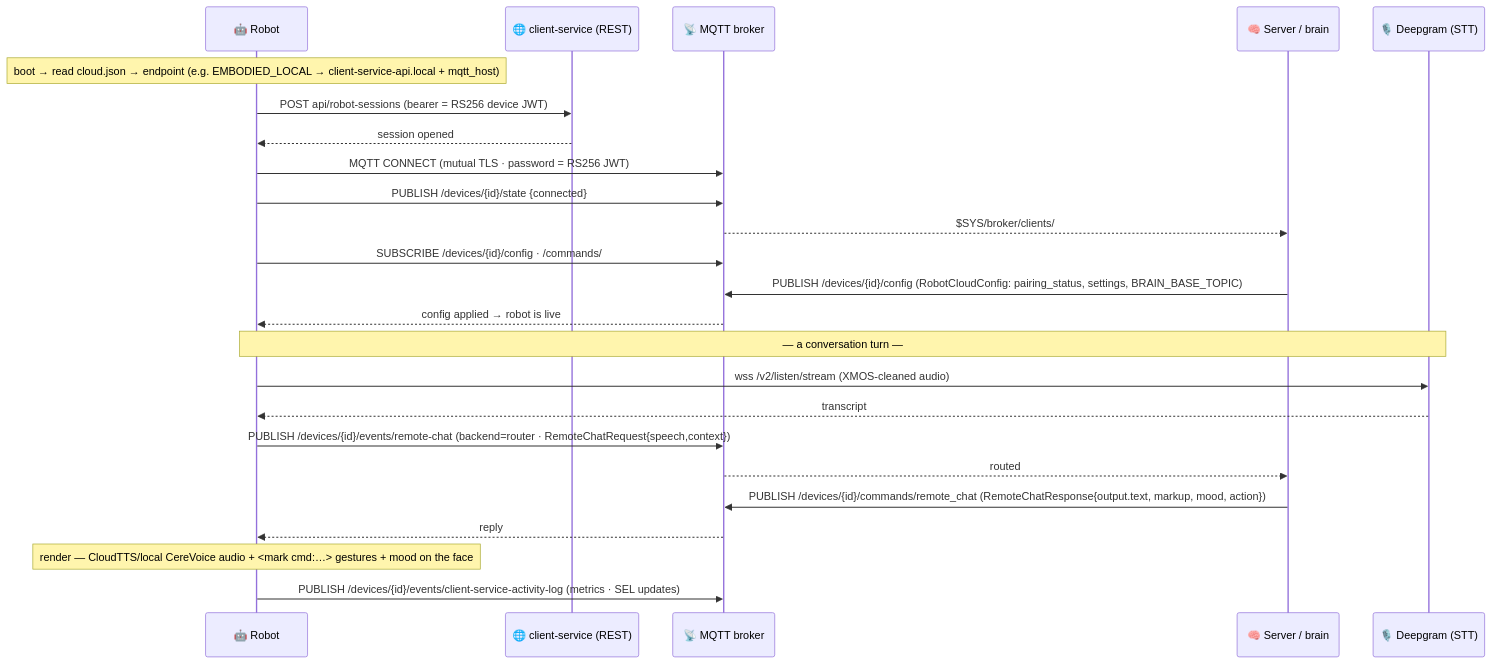
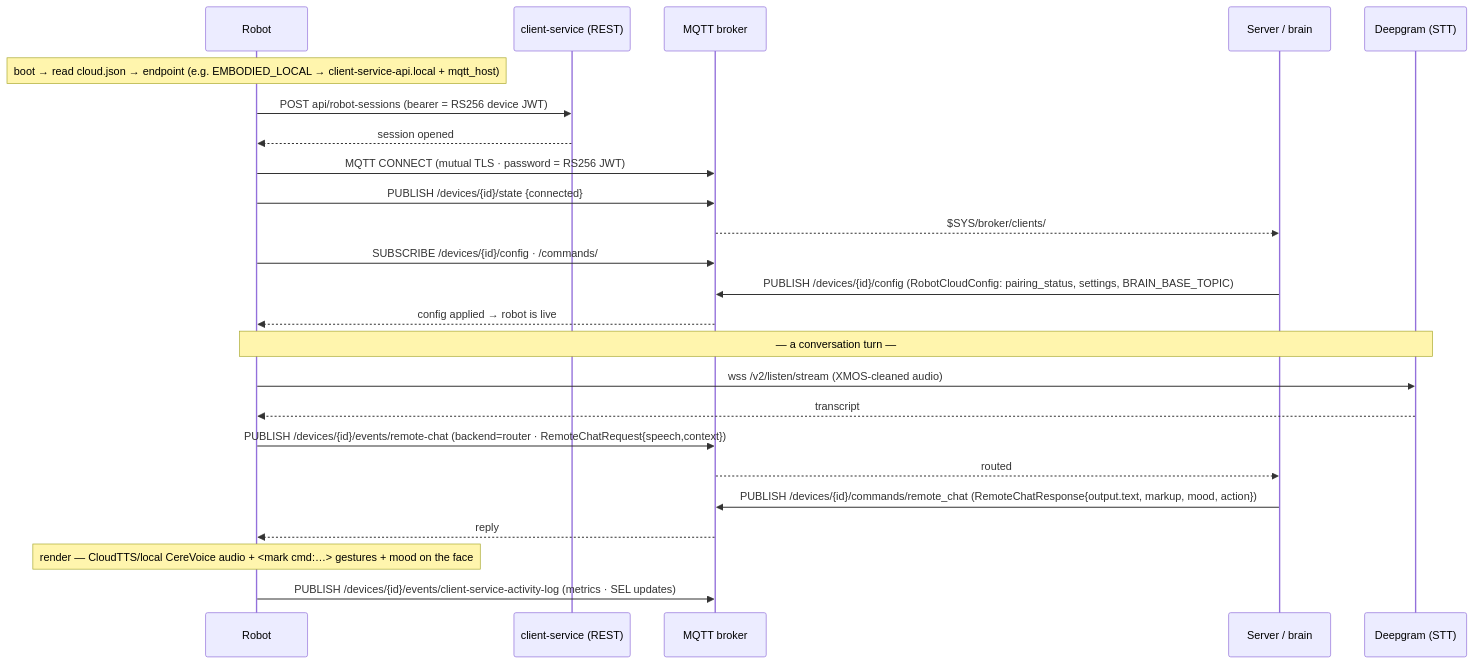
One commit to mvalancy/moxie-robot-saver changed the second of 2 diagrams in sim/web/docs-bundle/reverse-engineering/protocol/cloud-protocol.md. Above: the diagram before and after it, drawn with Mermaid. The commit also changed other lines of this file and 454 other files, not shown here.

````diff
--- a/sim/web/docs-bundle/reverse-engineering/protocol/cloud-protocol.md
+++ b/sim/web/docs-bundle/reverse-engineering/protocol/cloud-protocol.md
@@ -328,26 +254,26 @@
 ```mermaid
 sequenceDiagram
-  participant R as 🤖 Robot
-  participant W as 🌐 client-service (REST)
-  participant B as 📡 MQTT broker
-  participant S as 🧠 Server / brain
-  participant T as 🎙️ Deepgram (STT)
+  participant R as Robot
+  participant W as client-service (REST)
+  participant B as MQTT broker
+  participant S as Server / brain
+  participant T as Deepgram (STT)
   Note over R: boot → read cloud.json → endpoint (e.g. EMBODIED_LOCAL → client-service-api.local + mqtt_host)
   R->>W: POST api/robot-sessions  (bearer = RS256 device JWT)
   W-->>R: session opened
   R->>B: MQTT CONNECT (mutual TLS · password = RS256 JWT)
   R->>B: PUBLISH /devices/{id}/state {connected}
   B-->>S: $SYS/broker/clients/# + /state  (presence)
   R->>B: SUBSCRIBE /devices/{id}/config · /commands/#
   S->>B: PUBLISH /devices/{id}/config  (RobotCloudConfig: pairing_status, settings, BRAIN_BASE_TOPIC)
   B-->>R: config applied → robot is live
   Note over R,T: — a conversation turn —
   R->>T: wss /v2/listen/stream  (XMOS-cleaned audio)
   T-->>R: transcript
   R->>B: PUBLISH /devices/{id}/events/remote-chat  (backend=router · RemoteChatRequest{speech,context})
   B-->>S: routed
   S->>B: PUBLISH /devices/{id}/commands/remote_chat  (RemoteChatResponse{output.text, markup, mood, action})
   B-->>R: reply
   Note over R: render — CloudTTS/local CereVoice audio + <mark cmd:…> gestures + mood on the face
   R->>B: PUBLISH /devices/{id}/events/client-service-activity-log  (metrics · SEL updates)
 ```
````
